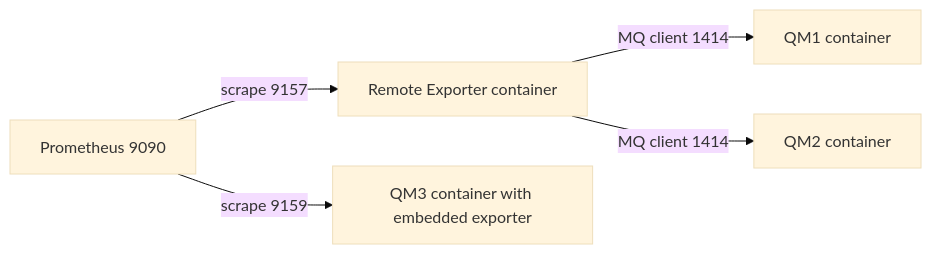
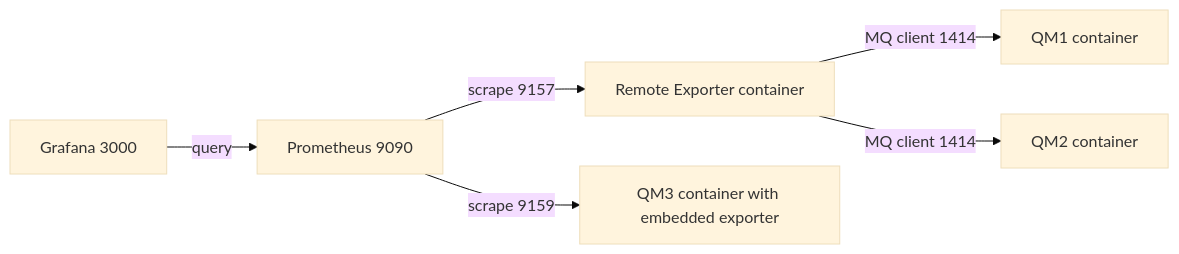
Before and after one commit to aztekmq/ibmmq_metrics_exporter: the diagram in README.md, drawn with Mermaid (base theme). The commit also changed other lines of this file, not shown here.

````diff
--- a/README.md
+++ b/README.md
@@ -38,14 +38,16 @@
 ```mermaid
 flowchart LR
+  G[Grafana 3000]
     P[Prometheus 9090]
     E[Remote Exporter container]
     Q1[QM1 container]
     Q2[QM2 container]
     Q3[QM3 container with embedded exporter]
 
+  G -->|query| P
     P -->|scrape 9157| E
     P -->|scrape 9159| Q3
 
     E -->|MQ client 1414| Q1
     E -->|MQ client 1414| Q2
 ```
````
